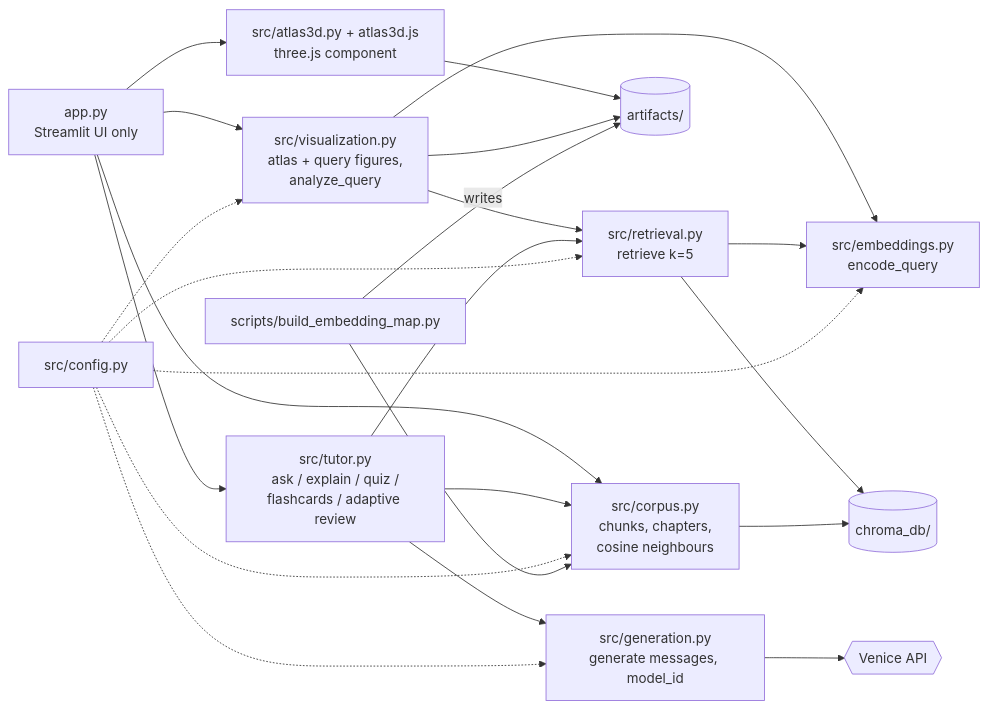
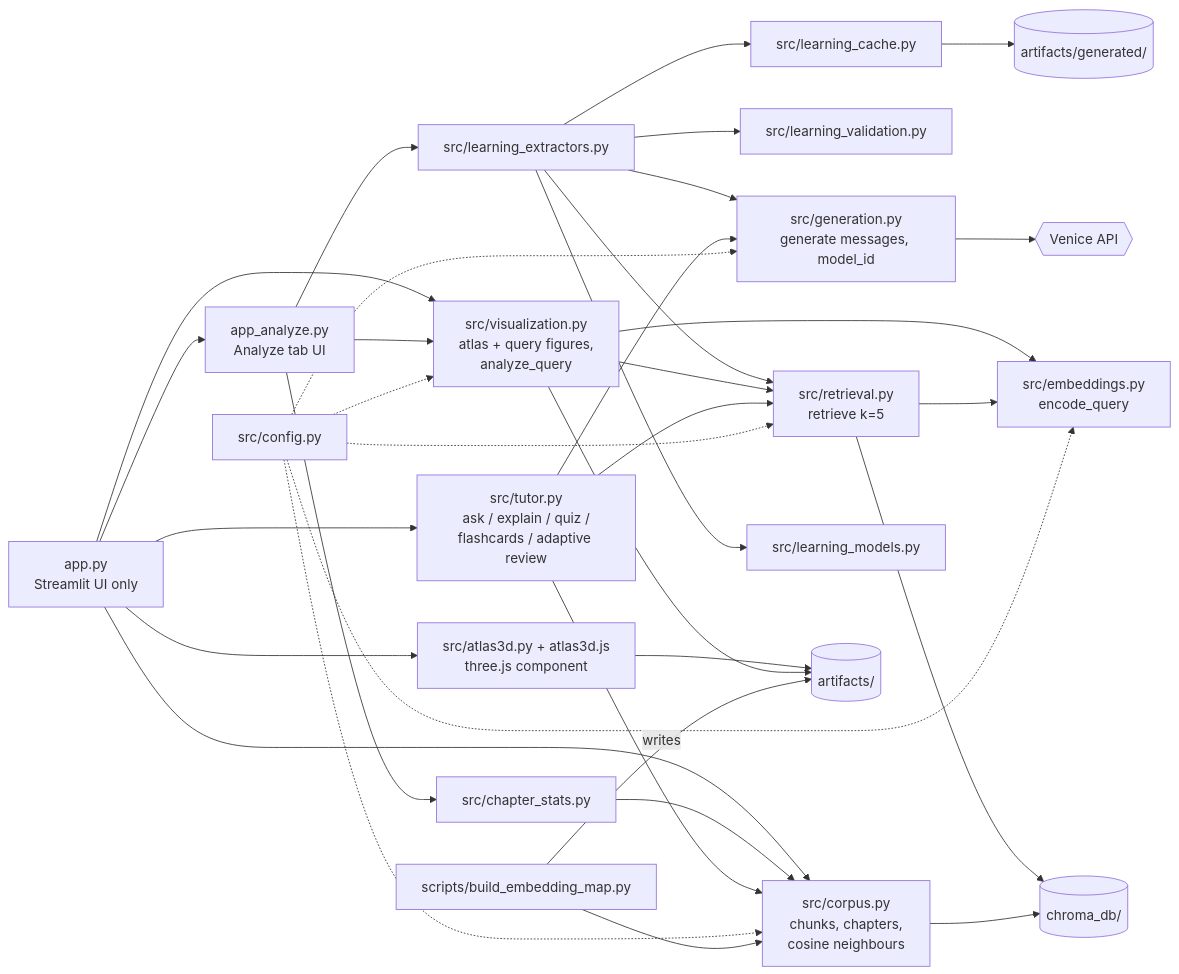
The second of 4 diagrams in docs/ARCHITECTURE.md (ladangol/discover-canada-semantic-tutor), drawn with Mermaid before and after one commit. The commit also changed other lines of this file and 16 other files, not shown here.

Commit message:
adding concept hub, timeline, and visualizations

````diff
--- a/docs/ARCHITECTURE.md
+++ b/docs/ARCHITECTURE.md
@@ -56,32 +66,43 @@
 ```mermaid
 flowchart LR
     App[app.py<br/>Streamlit UI only]
 
     App --> Viz[src/visualization.py<br/>atlas + query figures,<br/>analyze_query]
     App --> Tutor[src/tutor.py<br/>ask / explain / quiz /<br/>flashcards / adaptive review]
     App --> Corpus[src/corpus.py<br/>chunks, chapters,<br/>cosine neighbours]
     App --> Atlas3D[src/atlas3d.py + atlas3d.js<br/>three.js component]
+    App --> AnalyzeUI[app_analyze.py<br/>Analyze tab UI]
+    AnalyzeUI --> ChapterStats[src/chapter_stats.py]
+    AnalyzeUI --> Extractors[src/learning_extractors.py]
+    AnalyzeUI --> Viz
+    Extractors --> Validation[src/learning_validation.py]
+    Extractors --> LCache[src/learning_cache.py]
+    Extractors --> Retrieval
+    Extractors --> Generation
+    Extractors --> Models[src/learning_models.py]
+    ChapterStats --> Corpus
+    LCache --> Generated[(artifacts/generated/)]
     Atlas3D --> Artifacts
 
     Viz --> Embeddings[src/embeddings.py<br/>encode_query]
     Viz --> Retrieval[src/retrieval.py<br/>retrieve k=5]
     Viz --> Artifacts[(artifacts/)]
 
     Tutor --> Retrieval
     Tutor --> Corpus
     Tutor --> Generation[src/generation.py<br/>generate messages, model_id]
 
     Retrieval --> Embeddings
     Retrieval --> Chroma[(chroma_db/)]
     Corpus --> Chroma
     Generation --> Venice{{Venice API}}
 
     Config[src/config.py] -.-> Retrieval
     Config -.-> Corpus
     Config -.-> Embeddings
     Config -.-> Generation
     Config -.-> Viz
 
     Build[scripts/build_embedding_map.py] --> Corpus
     Build -->|writes| Artifacts
 ```
````
